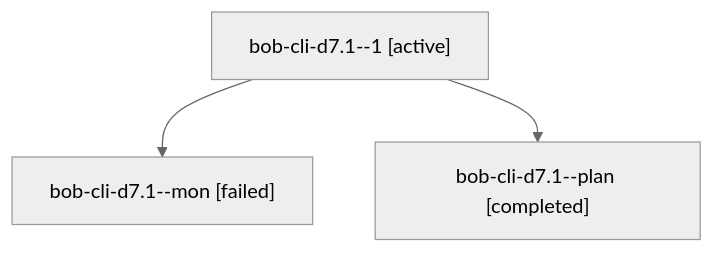
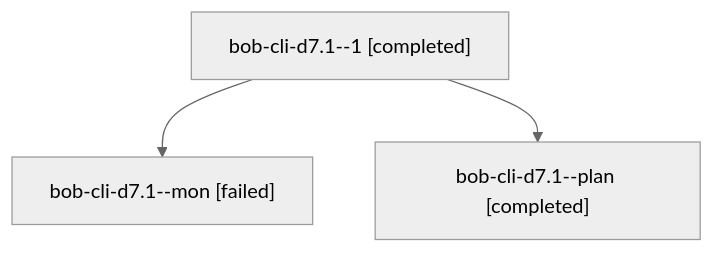
The diagram in sessions/bbugyi200.athena.bob-cli-d7.1.md (bobs-org/bob-cli--agents), drawn with Mermaid (neutral theme) before and after one commit. The commit also changed other lines of this file and 44 other files, not shown here.

````diff
--- a/sessions/bbugyi200.athena.bob-cli-d7.1.md
+++ b/sessions/bbugyi200.athena.bob-cli-d7.1.md
@@ -9,8 +9,8 @@
 ```mermaid
 flowchart TD
-  n0["bob-cli-d7.1--1 [active]"]
+  n0["bob-cli-d7.1--1 [completed]"]
   n1["bob-cli-d7.1--mon [failed]"]
   n0 --> n1
   n2["bob-cli-d7.1--plan [completed]"]
   n0 --> n2
 ```
````
